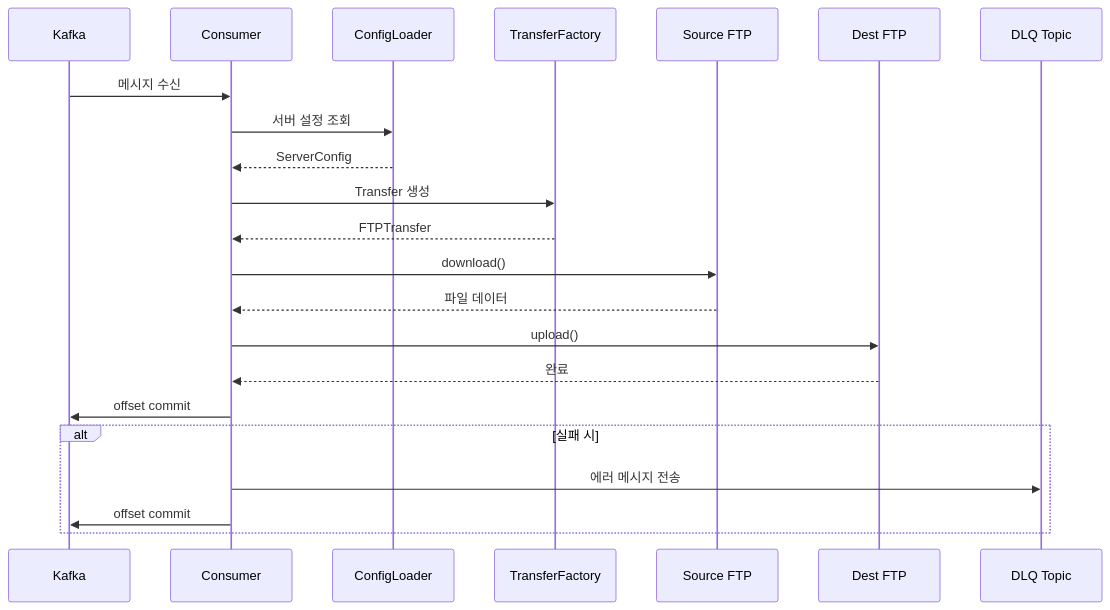
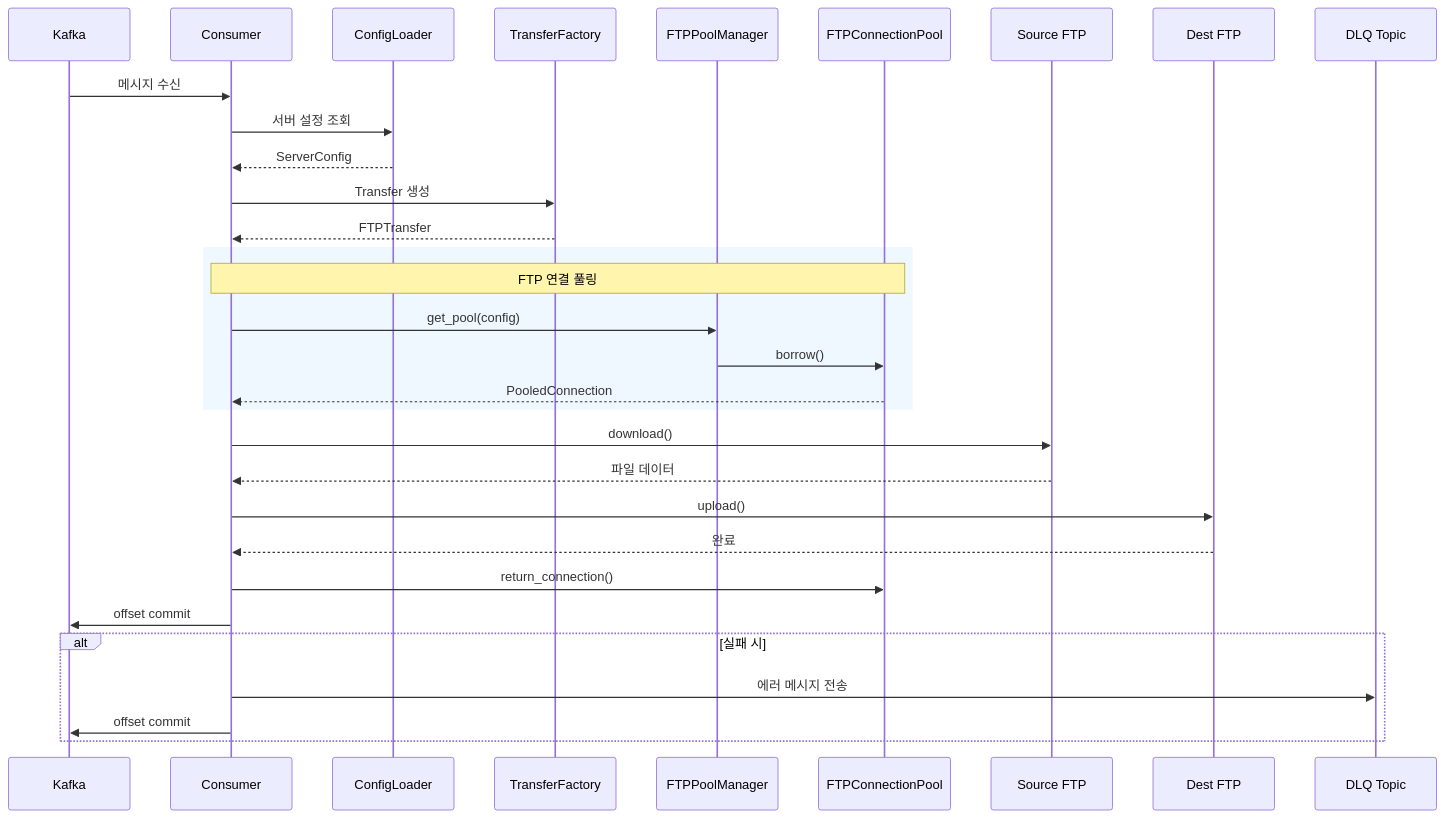
The third of 3 diagrams in README.md (nineking424/etl-file-sync), drawn with Mermaid before and after one commit. The commit also changed other lines of this file, not shown here.

First line of the commit message:
docs: README.md 테스트 커버리지 및 시퀀스 다이어그램 업데이트

````diff
--- a/README.md
+++ b/README.md
@@ -576,30 +578,40 @@
 ```mermaid
 sequenceDiagram
     participant K as Kafka
     participant C as Consumer
     participant CF as ConfigLoader
     participant T as TransferFactory
+    participant PM as FTPPoolManager
+    participant P as FTPConnectionPool
     participant SRC as Source FTP
     participant DST as Dest FTP
     participant DLQ as DLQ Topic
 
     K->>C: 메시지 수신
     C->>CF: 서버 설정 조회
     CF-->>C: ServerConfig
 
     C->>T: Transfer 생성
     T-->>C: FTPTransfer
 
+    rect rgb(240, 248, 255)
+        Note over C,P: FTP 연결 풀링
+        C->>PM: get_pool(config)
+        PM->>P: borrow()
+        P-->>C: PooledConnection
+    end
+
     C->>SRC: download()
     SRC-->>C: 파일 데이터
 
     C->>DST: upload()
     DST-->>C: 완료
 
+    C->>P: return_connection()
     C->>K: offset commit
 
     alt 실패 시
         C->>DLQ: 에러 메시지 전송
         C->>K: offset commit
     end
 ```
````
